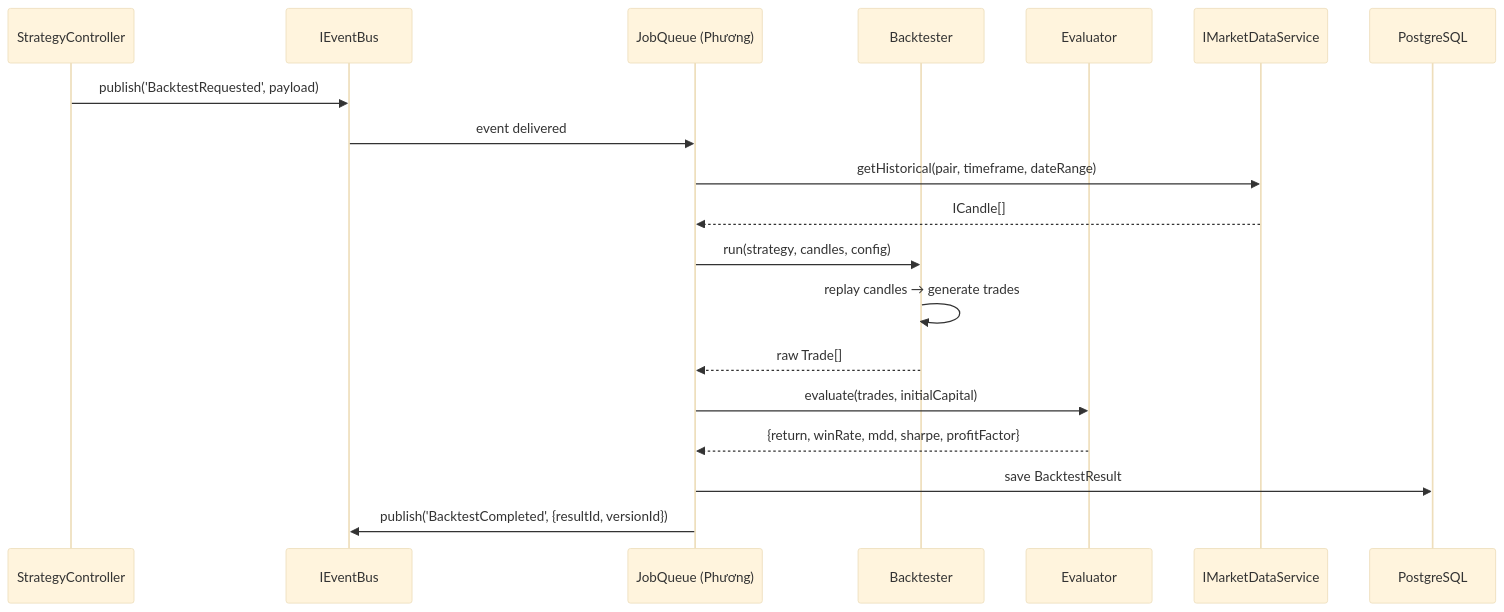
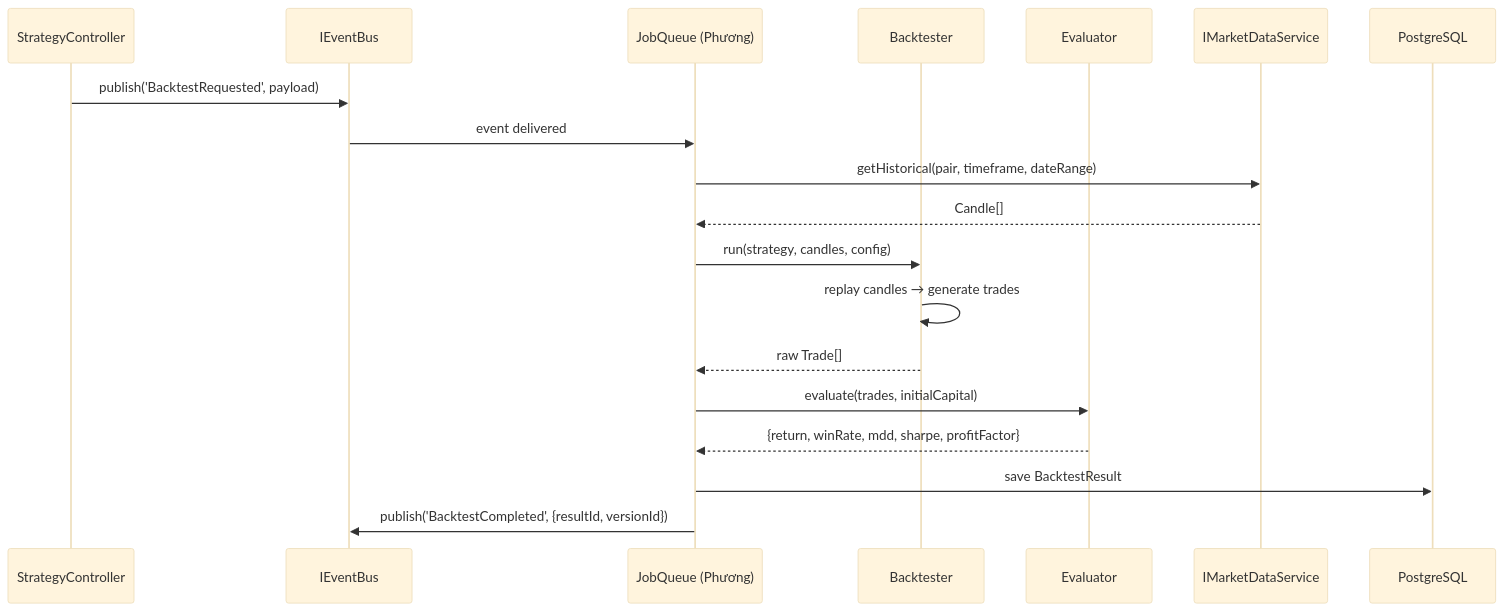
Before and after one commit to Hoang105205/Crypto-Strategy-Lab: the third of 3 diagrams in kb/modules/strategy-engine.md, drawn with Mermaid (base theme). The commit also changed 20 other files, not shown here.

First line of the commit message:
docs(kb): update architecture and ADRs for system design and module patterns

````diff
--- a/kb/modules/strategy-engine.md
+++ b/kb/modules/strategy-engine.md
@@ -218,22 +218,22 @@
 ```mermaid
 sequenceDiagram
     participant SC as StrategyController
     participant EB as IEventBus
     participant JQ as JobQueue (Phương)
     participant BT as Backtester
     participant EV as Evaluator
     participant MD as IMarketDataService
     participant DB as PostgreSQL
 
     SC->>EB: publish('BacktestRequested', payload)
     EB->>JQ: event delivered
     JQ->>MD: getHistorical(pair, timeframe, dateRange)
-    MD-->>JQ: ICandle[]
+    MD-->>JQ: Candle[]
     JQ->>BT: run(strategy, candles, config)
     BT->>BT: replay candles → generate trades
     BT-->>JQ: raw Trade[]
     JQ->>EV: evaluate(trades, initialCapital)
     EV-->>JQ: {return, winRate, mdd, sharpe, profitFactor}
     JQ->>DB: save BacktestResult
     JQ->>EB: publish('BacktestCompleted', {resultId, versionId})
 ```
````
